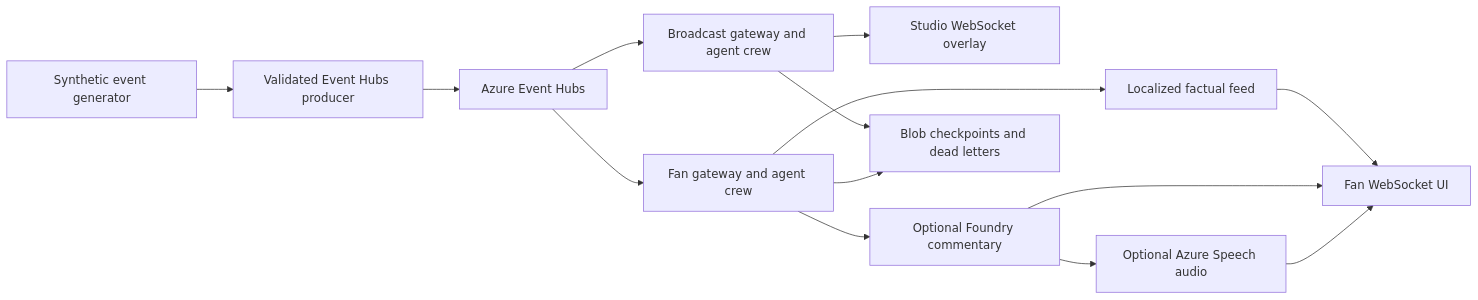
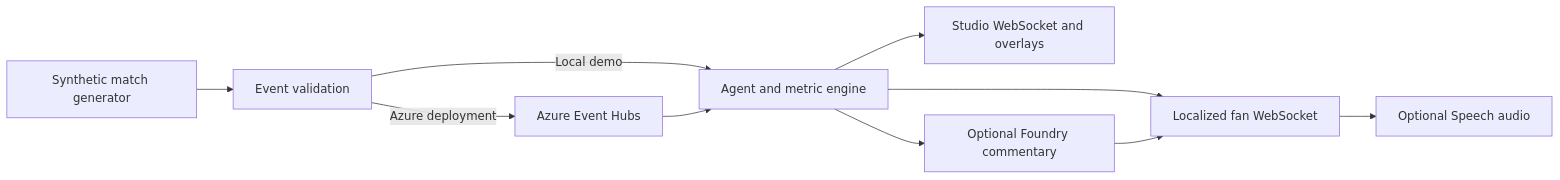
One commit to Faruk-Icn/PitchPulse-AI changed the diagram in README.md. Above: the diagram before and after it, drawn with Mermaid. The commit also changed other lines of this file, not shown here.

Commit message:
docs: clarify local demo and self-host setup

````diff
--- a/README.md
+++ b/README.md
@@ -9,16 +41,12 @@
 ```mermaid
 flowchart LR
-    S[Synthetic event generator] --> P[Validated Event Hubs producer]
-    P --> E[Azure Event Hubs]
-    E --> B[Broadcast gateway and agent crew]
-    E --> F[Fan gateway and agent crew]
-    B --> W[Studio WebSocket overlay]
-    F --> L[Localized factual feed]
-    F --> M[Optional Foundry commentary]
-    M --> V[Optional Azure Speech audio]
-    L --> U[Fan WebSocket UI]
-    M --> U
-    V --> U
-    B --> C[Blob checkpoints and dead letters]
-    F --> C
+    G[Synthetic match generator] --> V[Event validation]
+    V -->|Local demo| A[Agent and metric engine]
+    V -->|Azure deployment| E[Azure Event Hubs]
+    E --> A
+    A --> S[Studio WebSocket and overlays]
+    A --> F[Localized fan WebSocket]
+    A --> O[Optional Foundry commentary]
+    O --> F
+    F --> P[Optional Speech audio]
 ```
````
